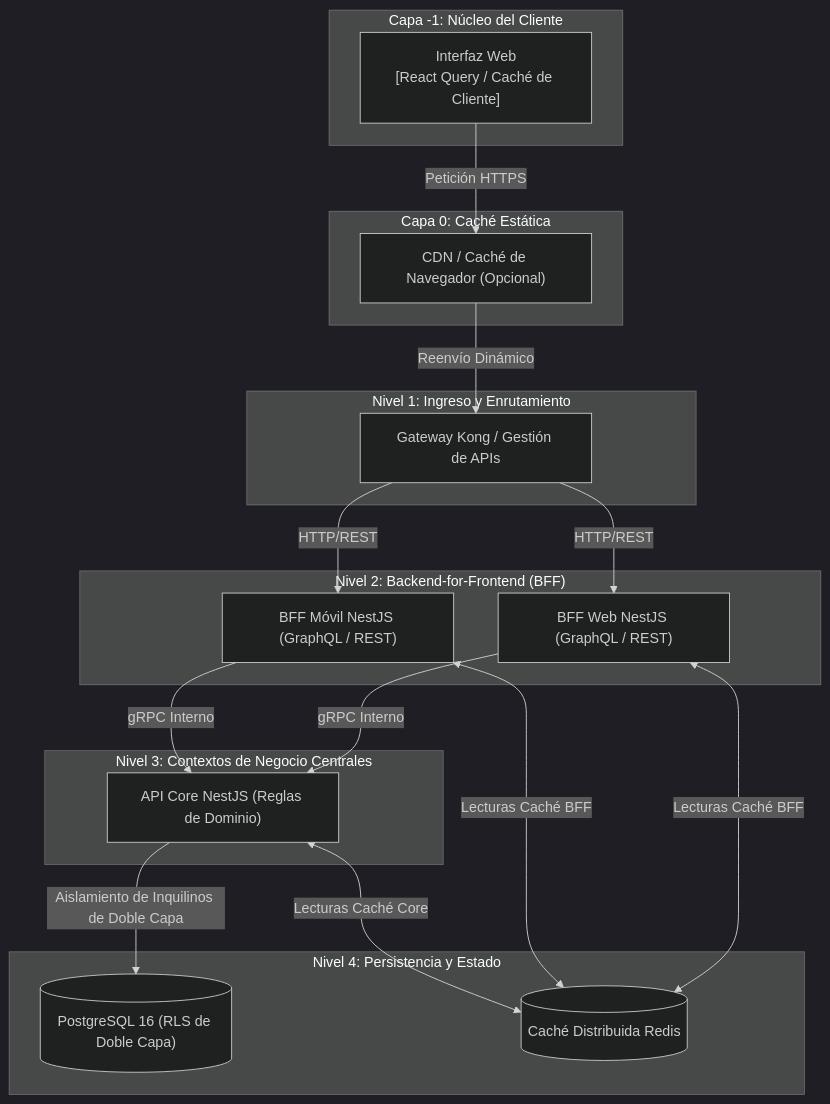
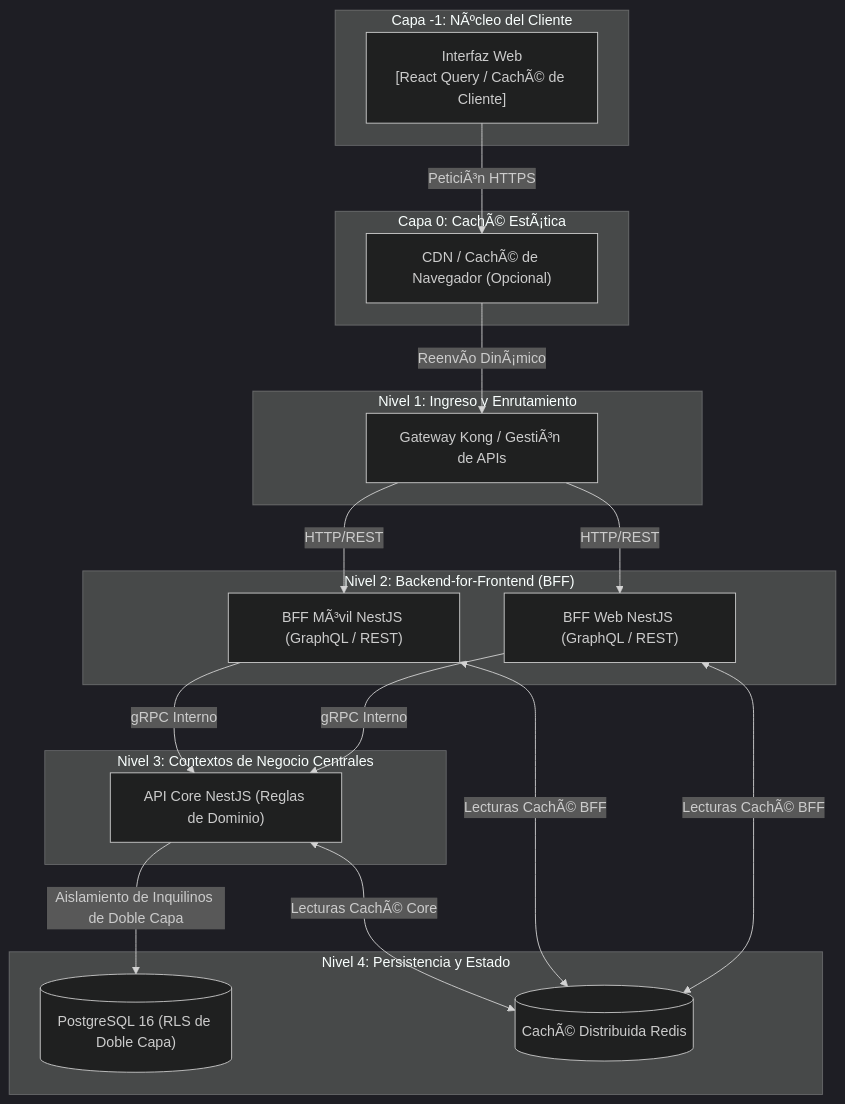
The second of 3 diagrams in architecture/blueprints-es/c4-topology-spec.md (beyondnetcode/arc32_nodejs_progresive_monolith), drawn with Mermaid (dark theme) before and after one commit. The commit also changed other lines of this file and 303 other files, not shown here.

````diff
--- a/architecture/blueprints-es/c4-topology-spec.md
+++ b/architecture/blueprints-es/c4-topology-spec.md
@@ -48,42 +48,42 @@
 ```mermaid
 graph TD
-    subgraph ClientLayer["Capa -1: Núcleo del Cliente"]
-        WebClient["Interfaz Web\n[React Query / Caché de Cliente]"]
+    subgraph ClientLayer["Capa -1: NÃºcleo del Cliente"]
+        WebClient["Interfaz Web\n[React Query / CachÃ© de Cliente]"]
     end
 
-    subgraph PublicEdge["Capa 0: Caché Estática"]
-        CDN["CDN / Caché de Navegador (Opcional)"]
+    subgraph PublicEdge["Capa 0: CachÃ© EstÃ¡tica"]
+        CDN["CDN / CachÃ© de Navegador (Opcional)"]
     end
 
     subgraph EntryLayer["Nivel 1: Ingreso y Enrutamiento"]
-        KongGateway["Gateway Kong / Gestión de APIs"]
+        KongGateway["Gateway Kong / GestiÃ³n de APIs"]
     end
 
     subgraph BFFLayer["Nivel 2: Backend-for-Frontend (BFF)"]
         WebBFF["BFF Web NestJS (GraphQL / REST)"]
-        MobileBFF["BFF Móvil NestJS (GraphQL / REST)"]
+        MobileBFF["BFF MÃ³vil NestJS (GraphQL / REST)"]
     end
 
     subgraph ApplicationLayer["Nivel 3: Contextos de Negocio Centrales"]
         MainAPI["API Core NestJS (Reglas de Dominio)"]
     end
 
     subgraph StorageLayer["Nivel 4: Persistencia y Estado"]
         PostgresSQL[("PostgreSQL 16 (RLS de Doble Capa)")]
-        RedisCache[("Caché Distribuida Redis")]
+        RedisCache[("CachÃ© Distribuida Redis")]
     end
 
-    WebClient -->|Petición HTTPS| CDN
-    CDN -->|Reenvío Dinámico| KongGateway
+    WebClient -->|PeticiÃ³n HTTPS| CDN
+    CDN -->|ReenvÃ­o DinÃ¡mico| KongGateway
     KongGateway -->|HTTP/REST| WebBFF
     KongGateway -->|HTTP/REST| MobileBFF
     
-    WebBFF <-->|Lecturas Caché BFF| RedisCache
+    WebBFF <-->|Lecturas CachÃ© BFF| RedisCache
     WebBFF -->|gRPC Interno| MainAPI
     
-    MobileBFF <-->|Lecturas Caché BFF| RedisCache
+    MobileBFF <-->|Lecturas CachÃ© BFF| RedisCache
     MobileBFF -->|gRPC Interno| MainAPI
     
     MainAPI -->|Aislamiento de Inquilinos de Doble Capa| PostgresSQL
-    MainAPI <-->|Lecturas Caché Core| RedisCache
+    MainAPI <-->|Lecturas CachÃ© Core| RedisCache
 ```
````
